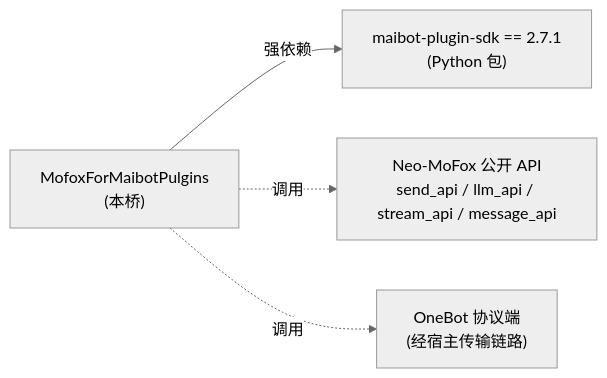
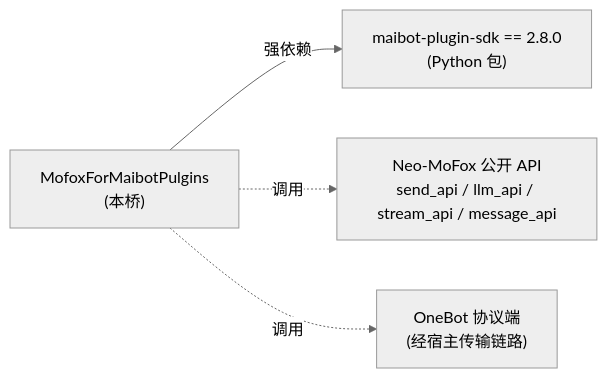
One commit to fuilyha56-wq/mofox_for_maibot_plugins changed the first of 2 diagrams in README.md. Above: the diagram before and after it, drawn with Mermaid (neutral theme). The commit also changed other lines of this file and 2 other files, not shown here.

Commit message:
release: bump to 0.1.4 (SDK 2.8.0, send result contract, API identity/lifecycle)

````diff
--- a/README.md
+++ b/README.md
@@ -17,6 +17,6 @@
 ```mermaid
 flowchart LR
-    A["MofoxForMaibotPulgins<br/>(本桥)"] -->|强依赖| B["maibot-plugin-sdk == 2.7.1<br/>(Python 包)"]
+    A["MofoxForMaibotPulgins<br/>(本桥)"] -->|强依赖| B["maibot-plugin-sdk == 2.8.0<br/>(Python 包)"]
     A -.调用.-> C["Neo-MoFox 公开 API<br/>send_api / llm_api / stream_api / message_api"]
     A -.调用.-> D["OneBot 协议端<br/>(经宿主传输链路)"]
 ```
````
